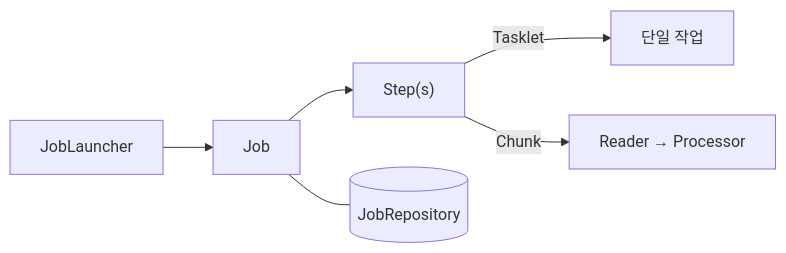
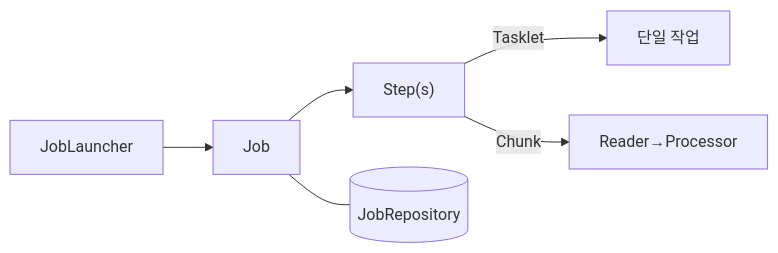
Before and after one commit to yjkim2015/yjkim2015.github.io: the first of 5 diagrams in _posts/batch/2026-05-03-spring-batch-fundamentals.md, drawn with Mermaid. The commit also changed other lines of this file and 84 other files, not shown here.

First line of the commit message:
85개 포스트 Mermaid 다이어그램 규칙 일괄 수정

````diff
--- a/_posts/batch/2026-05-03-spring-batch-fundamentals.md
+++ b/_posts/batch/2026-05-03-spring-batch-fundamentals.md
@@ -32,8 +32,8 @@
 ```mermaid
-flowchart LR
+graph LR
     A["JobLauncher"] --> B["Job"]
     B --> C["Step(s)"]
     C -->|"Tasklet"| F["단일 작업"]
-    C -->|"Chunk"| G["Reader → Processor"]
+    C -->|"Chunk"| G["Reader→Processor"]
     B --- J[("JobRepository")]
 ```
````
